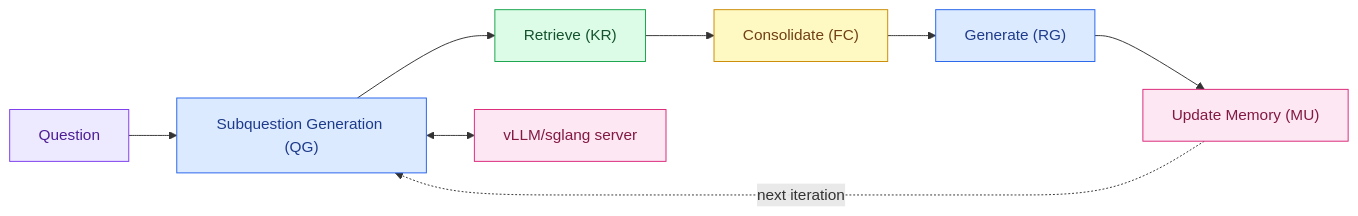
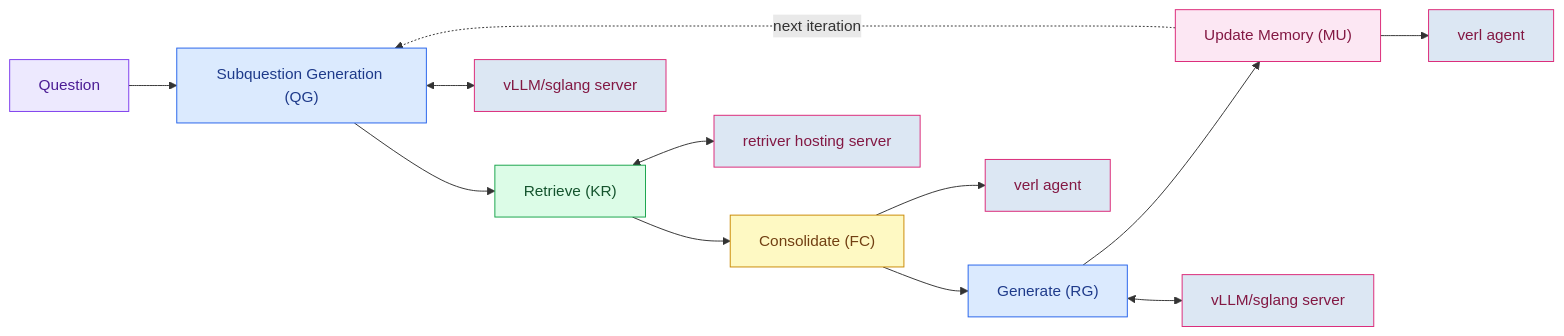
Before and after one commit to soumik-github/soumik_mandal: the diagram in markdown_articles/RL_training.md, drawn with Mermaid.

Commit message:
feedback loop 9

```diff
--- a/markdown_articles/RL_training.md
+++ b/markdown_articles/RL_training.md
@@ -49,13 +49,21 @@
 <pre class="mermaid">
 flowchart LR
     Q["Question"]:::question --> A["Subquestion Generation (QG)"]:::gen --> B["Retrieve (KR)"]:::retrieve --> C["Consolidate (FC)"]:::consolidate --> D["Generate (RG)"]:::gen --> E["Update Memory (MU)"]:::memory
     E -.->|"next iteration"| A
     A <--> SQG["vLLM/sglang server"]:::sqg
+    B <--> SKR["retriver hosting server"]:::skr
+    C --> VAFC["verl agent"]:::vafc
+    D <--> SRG["vLLM/sglang server"]:::srg
+    E --> VAMU["verl agent"]:::vamu
 
     classDef question fill:#ede9fe,stroke:#7c3aed,color:#4c1d95,stroke-width:1px;
     classDef gen fill:#dbeafe,stroke:#2563eb,color:#1e3a8a,stroke-width:1px;
     classDef retrieve fill:#dcfce7,stroke:#16a34a,color:#14532d,stroke-width:1px;
     classDef consolidate fill:#fef9c3,stroke:#ca8a04,color:#713f12,stroke-width:1px;
     classDef memory fill:#fce7f3,stroke:#db2777,color:#831843,stroke-width:1px;
-    classDef sqg fill:#fce7f3,stroke:#db2777,color:#831843,stroke-width:1px;
+    classDef sqg fill:#dce7f3,stroke:#db2777,color:#831843,stroke-width:1px;
+    classDef skr fill:#dce7f3,stroke:#db2777,color:#831843,stroke-width:1px;
+    classDef vafc fill:#dce7f3,stroke:#db2777,color:#831843,stroke-width:1px;
+    classDef srg fill:#dce7f3,stroke:#db2777,color:#831843,stroke-width:1px;
+    classDef vamu fill:#dce7f3,stroke:#db2777,color:#831843,stroke-width:1px;
 </pre>
```
